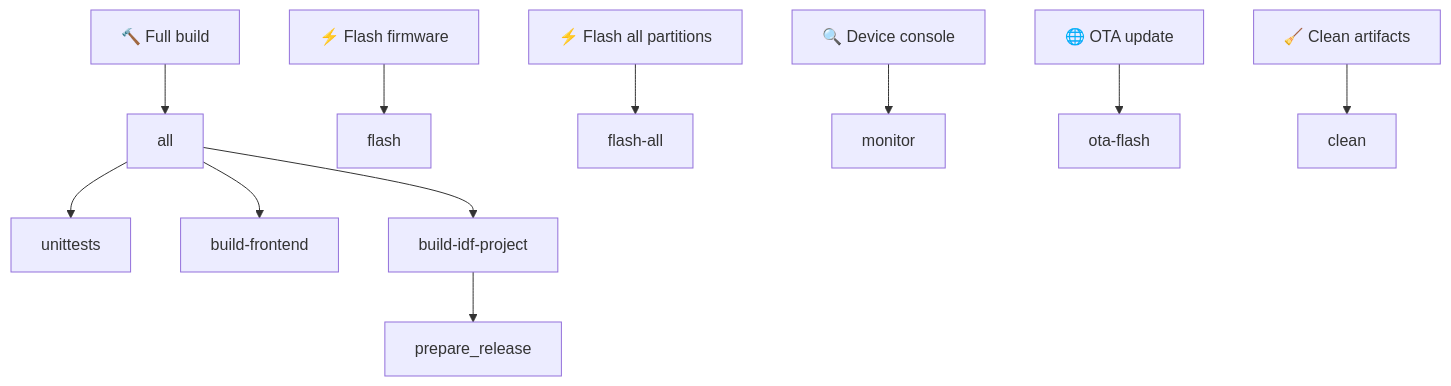
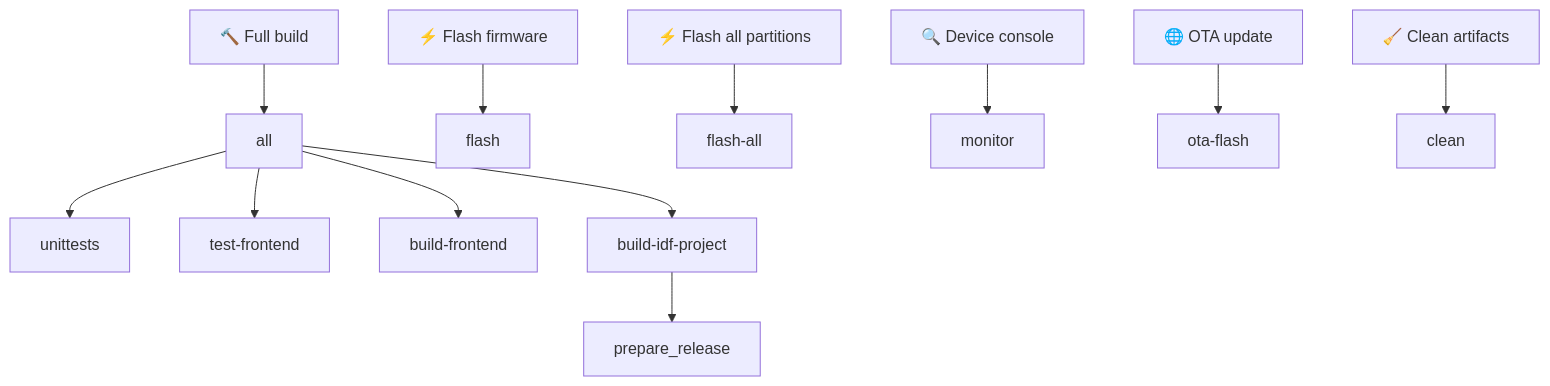
One commit to wirenboard/wb-mge changed the first of 2 diagrams in README.md. Above: the diagram before and after it, drawn with Mermaid. The commit also changed other lines of this file and 4 other files, not shown here.

First line of the commit message:
build(make): add test-frontend target and CI integration

````diff
--- a/README.md
+++ b/README.md
@@ -95,14 +101,15 @@
 ```mermaid
 graph TD
     B["🔨 Full build"] --> all
     F["⚡ Flash firmware"] --> flash
     FA["⚡ Flash all partitions"] --> flash-all
     M["🔍 Device console"] --> monitor
     O["🌐 OTA update"] --> ota-flash
     C["🧹 Clean artifacts"] --> clean
 
     all --> unittests
+    all --> test-frontend
     all --> build-frontend
     all --> build-idf-project
     build-idf-project --> prepare_release
 ```
````
